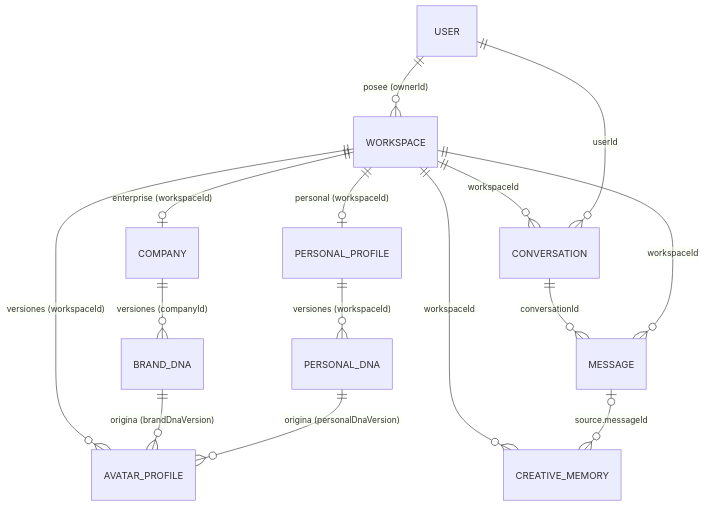
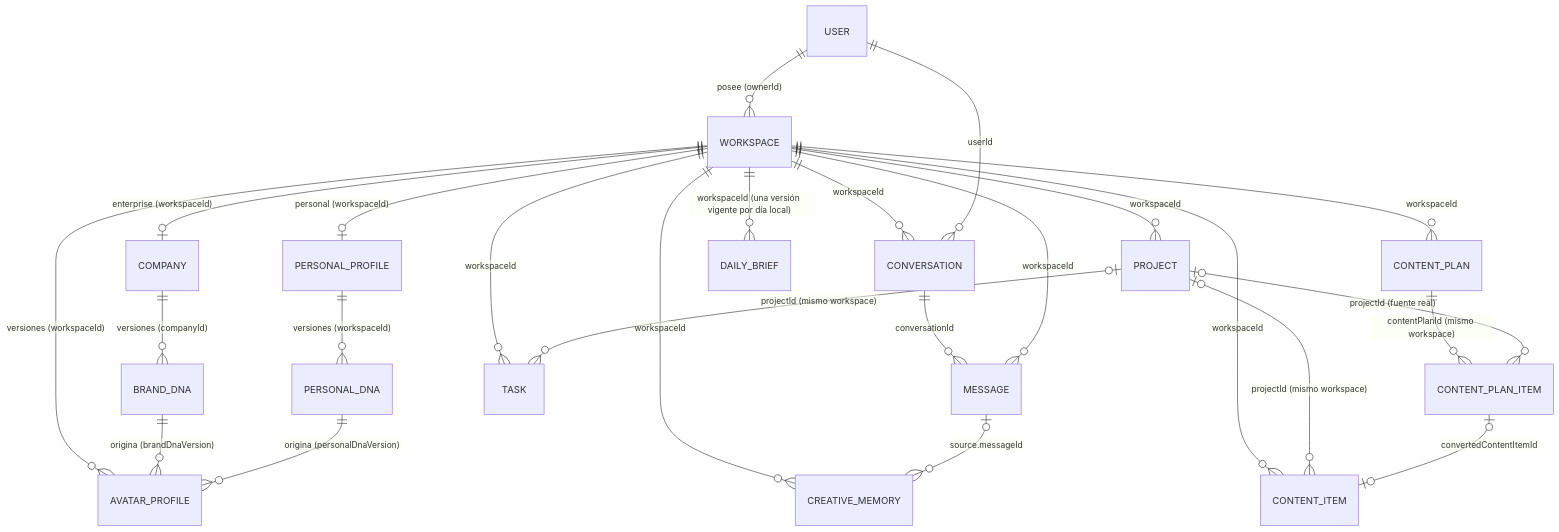
The diagram in docs/ENTITIES.md (Jondelk/PixelIA), drawn with Mermaid before and after one commit. The commit also changed other lines of this file and 142 other files, not shown here.

Commit message:
Add Prompts 9-11: projects, tasks, content planner and daily director

````diff
--- a/docs/ENTITIES.md
+++ b/docs/ENTITIES.md
@@ -21,17 +21,27 @@
 ```mermaid
 erDiagram
   USER ||--o{ WORKSPACE : "posee (ownerId)"
   WORKSPACE ||--o| COMPANY : "enterprise (workspaceId)"
   COMPANY ||--o{ BRAND_DNA : "versiones (companyId)"
   WORKSPACE ||--o| PERSONAL_PROFILE : "personal (workspaceId)"
   PERSONAL_PROFILE ||--o{ PERSONAL_DNA : "versiones (workspaceId)"
   WORKSPACE ||--o{ AVATAR_PROFILE : "versiones (workspaceId)"
   BRAND_DNA ||--o{ AVATAR_PROFILE : "origina (brandDnaVersion)"
   PERSONAL_DNA ||--o{ AVATAR_PROFILE : "origina (personalDnaVersion)"
   WORKSPACE ||--o{ CONVERSATION : "workspaceId"
   USER ||--o{ CONVERSATION : "userId"
   CONVERSATION ||--o{ MESSAGE : "conversationId"
   WORKSPACE ||--o{ MESSAGE : "workspaceId"
   WORKSPACE ||--o{ CREATIVE_MEMORY : "workspaceId"
   MESSAGE |o--o{ CREATIVE_MEMORY : "source.messageId"
+  WORKSPACE ||--o{ PROJECT : "workspaceId"
+  WORKSPACE ||--o{ TASK : "workspaceId"
+  WORKSPACE ||--o{ CONTENT_ITEM : "workspaceId"
+  PROJECT |o--o{ TASK : "projectId (mismo workspace)"
+  PROJECT |o--o{ CONTENT_ITEM : "projectId (mismo workspace)"
+  WORKSPACE ||--o{ CONTENT_PLAN : "workspaceId"
+  CONTENT_PLAN ||--o{ CONTENT_PLAN_ITEM : "contentPlanId (mismo workspace)"
+  PROJECT |o--o{ CONTENT_PLAN_ITEM : "projectId (fuente real)"
+  CONTENT_PLAN_ITEM |o--o| CONTENT_ITEM : "convertedContentItemId"
+  WORKSPACE ||--o{ DAILY_BRIEF : "workspaceId (una versión vigente por día local)"
 ```
````
